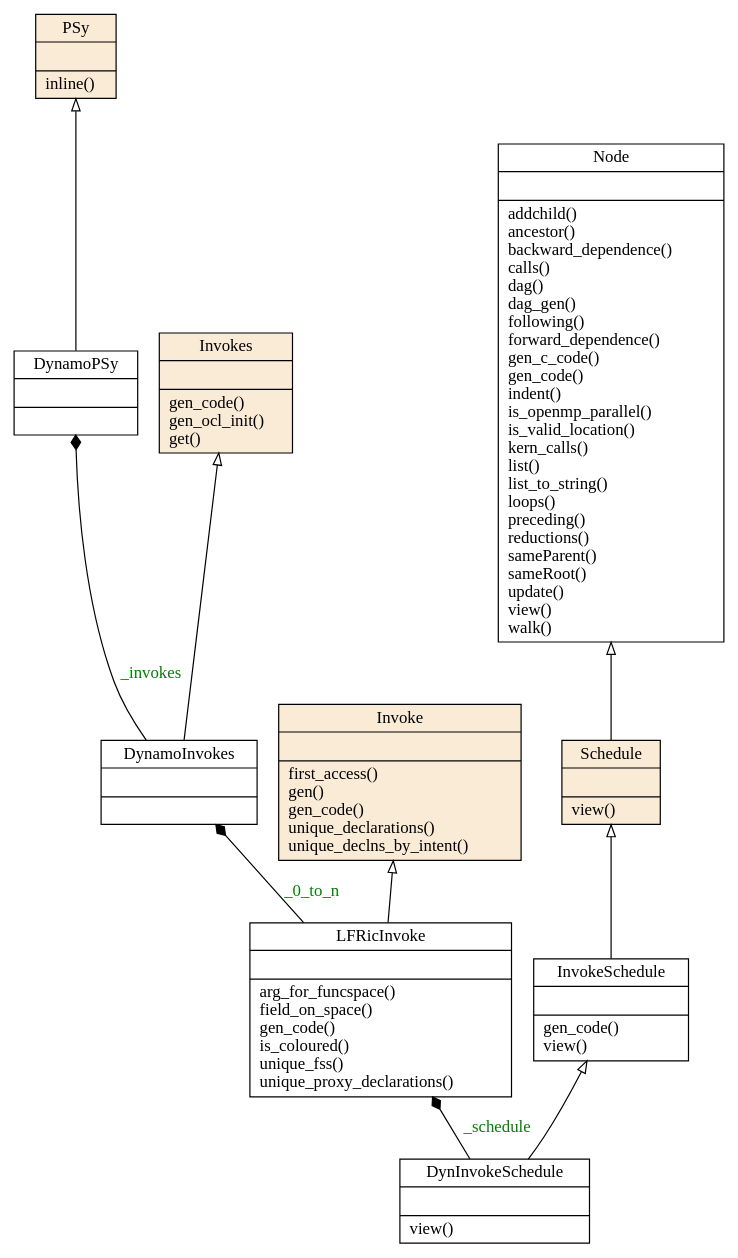
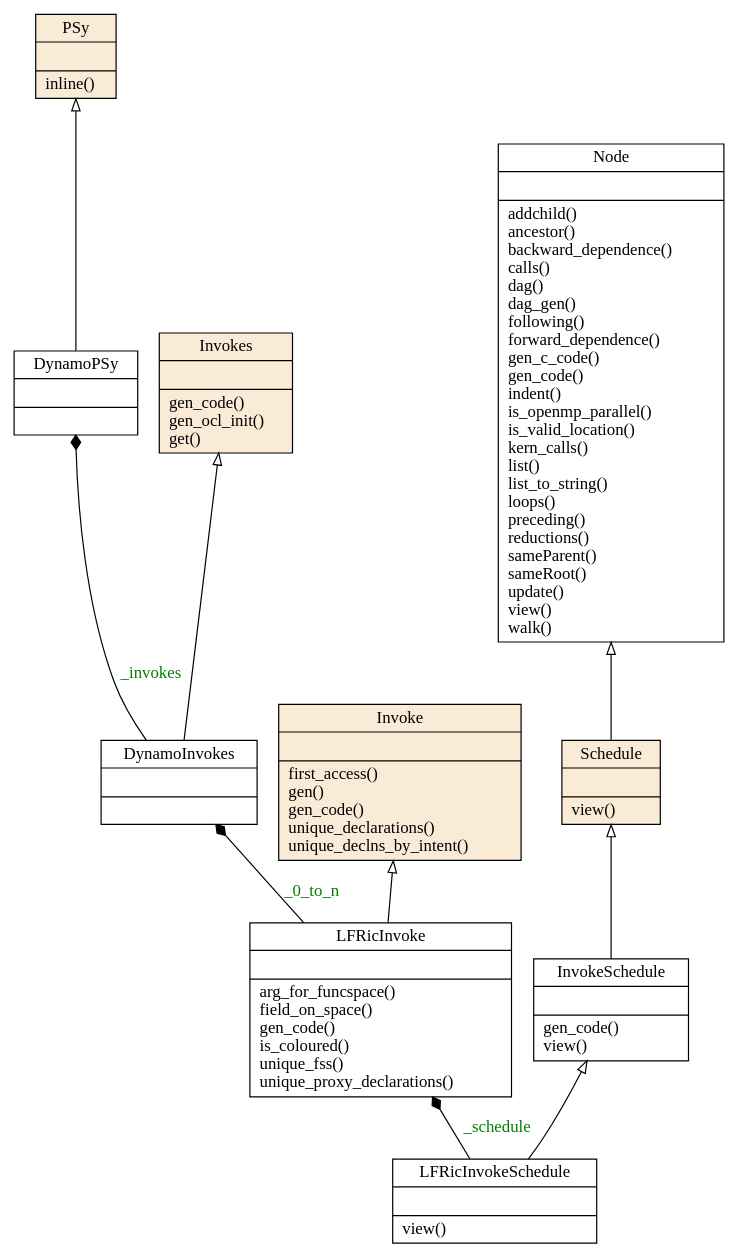
The diagram in doc/user_guide/dynamo0p3_topclasses.dot (stfc/PSyclone), drawn with Graphviz before and after one commit. The commit also changed 11 other files, not shown here.

Commit message:
#2451 Renamed to LFRicInvokeSchedule

```diff
--- a/doc/user_guide/dynamo0p3_topclasses.dot
+++ b/doc/user_guide/dynamo0p3_topclasses.dot
@@ -1,26 +1,26 @@
 digraph "classes_dynamo0p3" {
 charset="utf-8"
 rankdir=BT
 
 "20" [label="{LFRicInvoke|\l|arg_for_funcspace()\lfield_on_space()\lgen_code()\lis_coloured()\lunique_fss()\lunique_proxy_declarations()\l}", shape="record"];
-"21" [label="{DynInvokeSchedule|\l|view()\l}", shape="record"];
+"21" [label="{LFRicInvokeSchedule|\l|view()\l}", shape="record"];
 "35" [label="{DynamoInvokes|\l|}", shape="record"];
 "36" [label="{DynamoPSy|\l|}", shape="record"];
 "45" [label="{Invoke|\l|first_access()\lgen()\lgen_code()\lunique_declarations()\lunique_declns_by_intent()\l}", shape="record", style=filled, fillcolor="antiquewhite"];
 "46" [label="{InvokeSchedule|\l|gen_code()\lview()\l}", shape="record"];
 "47" [label="{Invokes|\l|gen_code()\lgen_ocl_init()\lget()\l}", shape="record", style=filled, fillcolor="antiquewhite"];
 "54" [label="{Node|\l|addchild()\lancestor()\lbackward_dependence()\lcalls()\ldag()\ldag_gen()\lfollowing()\lforward_dependence()\lgen_c_code()\lgen_code()\lindent()\lis_openmp_parallel()\lis_valid_location()\lkern_calls()\llist()\llist_to_string()\lloops()\lpreceding()\lreductions()\lsameParent()\lsameRoot()\lupdate()\lview()\lwalk()\l}", shape="record"];
 "55" [label="{PSy|\l|inline()\l}", shape="record", style=filled, fillcolor="antiquewhite"];
 "56" [label="{Schedule|\l|view()\l}", shape="record", style=filled, fillcolor="antiquewhite"];
 
 "20" -> "45" [arrowhead="empty", arrowtail="none"];
 "20" -> "35" [arrowhead="diamond", arrowtail="none", fontcolor="green", label="_0_to_n", style="solid"];
 "21" -> "46" [arrowhead="empty", arrowtail="none"];
 "21" -> "20" [arrowhead="diamond", arrowtail="none", fontcolor="green", label="_schedule", style="solid"];
 "35" -> "47" [arrowhead="empty", arrowtail="none"];
 "35" -> "36" [arrowhead="diamond", arrowtail="none", fontcolor="green", label="_invokes", style="solid"];
 "36" -> "55" [arrowhead="empty", arrowtail="none"];
 "46" -> "56" [arrowhead="empty", arrowtail="none"];
 "56" -> "54" [arrowhead="empty", arrowtail="none"];
 
 }
```
